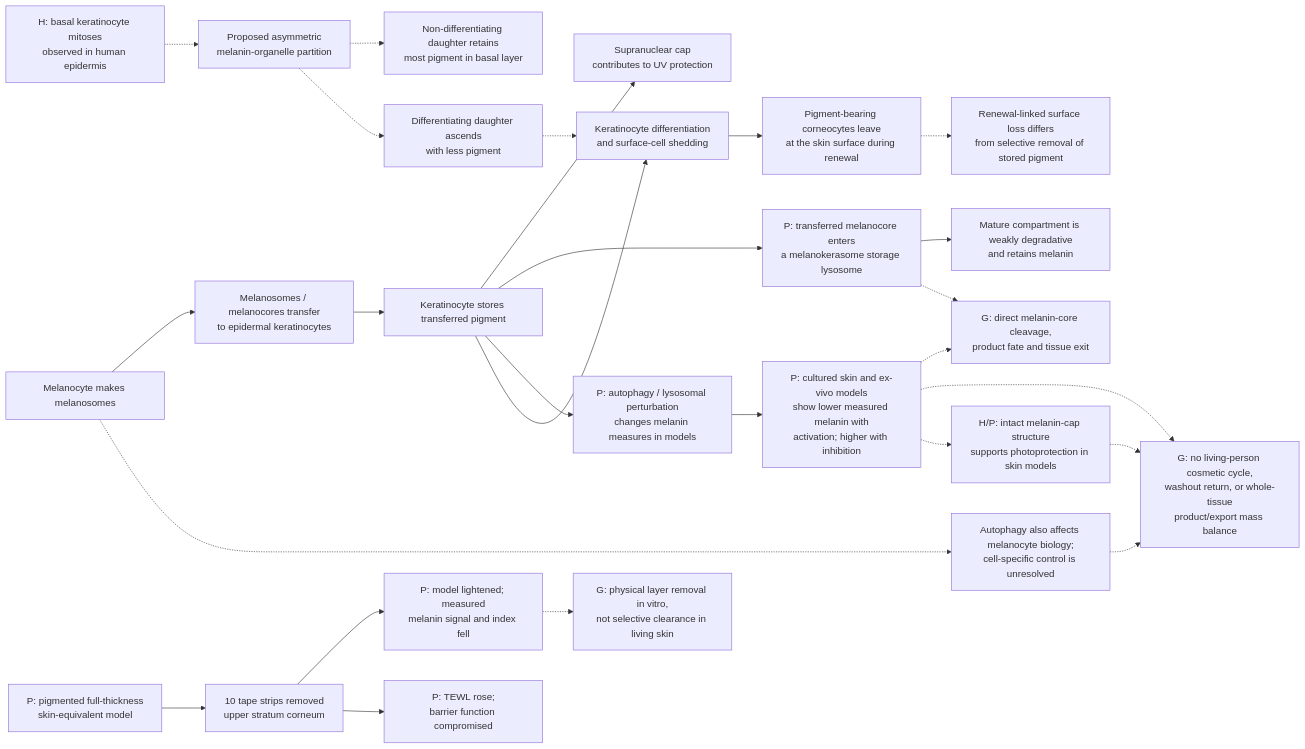
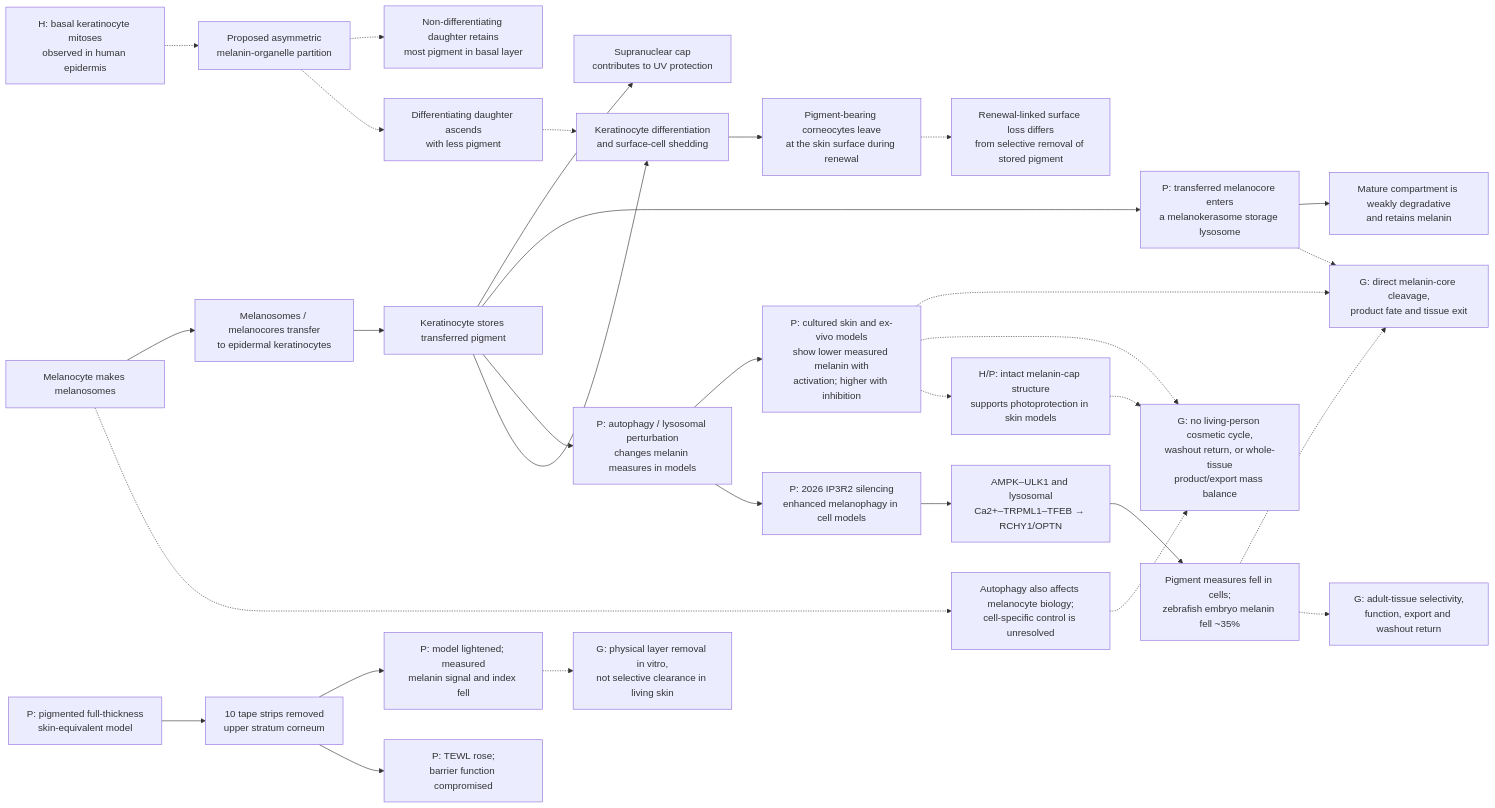
The eighth of 40 diagrams in research/tissue-pigment-atlas.md (dylanstechmann/iris-color-without-contacts), drawn with Mermaid before and after one commit. The commit also changed other lines of this file, not shown here.

Commit message:
Add 2026 melanophagy findings to skin atlas

````diff
--- a/research/tissue-pigment-atlas.md
+++ b/research/tissue-pigment-atlas.md
@@ -236,28 +238,33 @@
 ```mermaid
 flowchart LR
     M["Melanocyte makes melanosomes"] --> T["Melanosomes / melanocores transfer<br/>to epidermal keratinocytes"]
     T --> K["Keratinocyte stores transferred pigment"]
     K --> C["Supranuclear cap<br/>contributes to UV protection"]
     K --> MK["P: transferred melanocore enters<br/>a melanokerasome storage lysosome"]
     MK --> MKSTORE["Mature compartment is weakly degradative<br/>and retains melanin"]
     K --> A["P: autophagy / lysosomal perturbation<br/>changes melanin measures in models"]
     A --> R["P: cultured skin and ex-vivo models<br/>show lower measured melanin with<br/>activation; higher with inhibition"]
+    A --> I["P: 2026 IP3R2 silencing<br/>enhanced melanophagy in cell models"]
+    I --> IA["AMPK–ULK1 and lysosomal<br/>Ca2+–TRPML1–TFEB → RCHY1/OPTN"]
+    IA --> IR["Pigment measures fell in cells;<br/>zebrafish embryo melanin fell ~35%"]
+    IR -.-> CORE
+    IR -.-> CYCLE["G: adult-tissue selectivity,<br/>function, export and washout return"]
     MK -.-> CORE["G: direct melanin-core cleavage,<br/>product fate and tissue exit"]
     R -.-> CORE
     K --> S["Keratinocyte differentiation<br/>and surface-cell shedding"]
     S --> O["Pigment-bearing corneocytes leave<br/>at the skin surface during renewal"]
     BASAL["H: basal keratinocyte mitoses<br/>observed in human epidermis"] -.-> PART["Proposed asymmetric<br/>melanin-organelle partition"]
     PART -.-> RETAIN["Non-differentiating daughter retains<br/>most pigment in basal layer"]
     PART -.-> ASCEND["Differentiating daughter ascends<br/>with less pigment"]
     ASCEND -.-> S
     HSE["P: pigmented full-thickness<br/>skin-equivalent model"] --> STRIP["10 tape strips removed<br/>upper stratum corneum"]
     STRIP --> STRIP_OUT["P: model lightened; measured<br/>melanin signal and index fell"]
     STRIP --> TEWL["P: TEWL rose;<br/>barrier function compromised"]
     STRIP_OUT -.-> STRIP_GAP["G: physical layer removal in vitro,<br/>not selective clearance in living skin"]
     R -.-> F["G: no living-person cosmetic cycle,<br/>washout return, or whole-tissue<br/>product/export mass balance"]
     R -.-> P["H/P: intact melanin-cap structure<br/>supports photoprotection in skin models"]
     P -.-> F
     M -.-> B["Autophagy also affects melanocyte biology;<br/>cell-specific control is unresolved"]
     B -.-> F
     O -.-> X["Renewal-linked surface loss differs<br/>from selective removal of stored pigment"]
 ```
````
